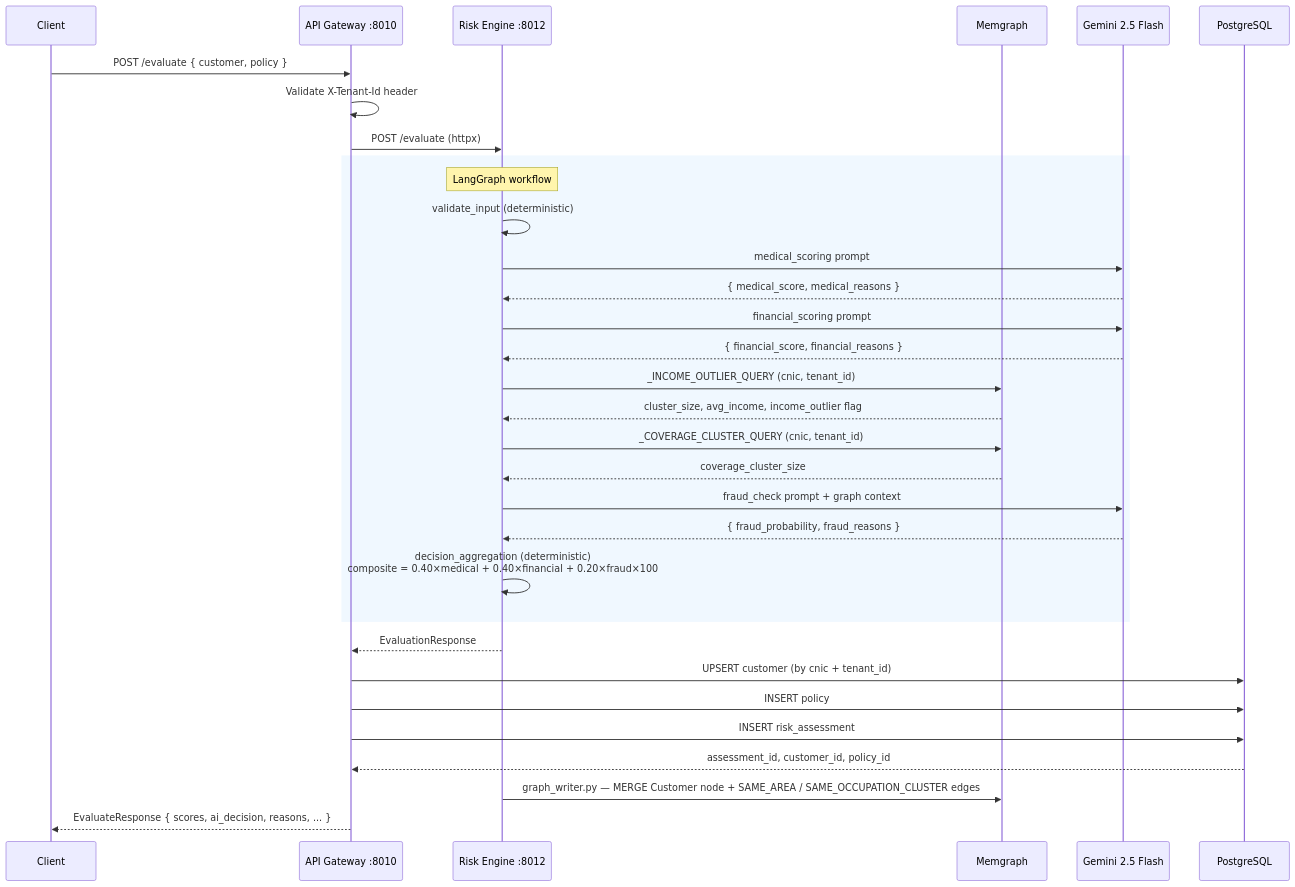
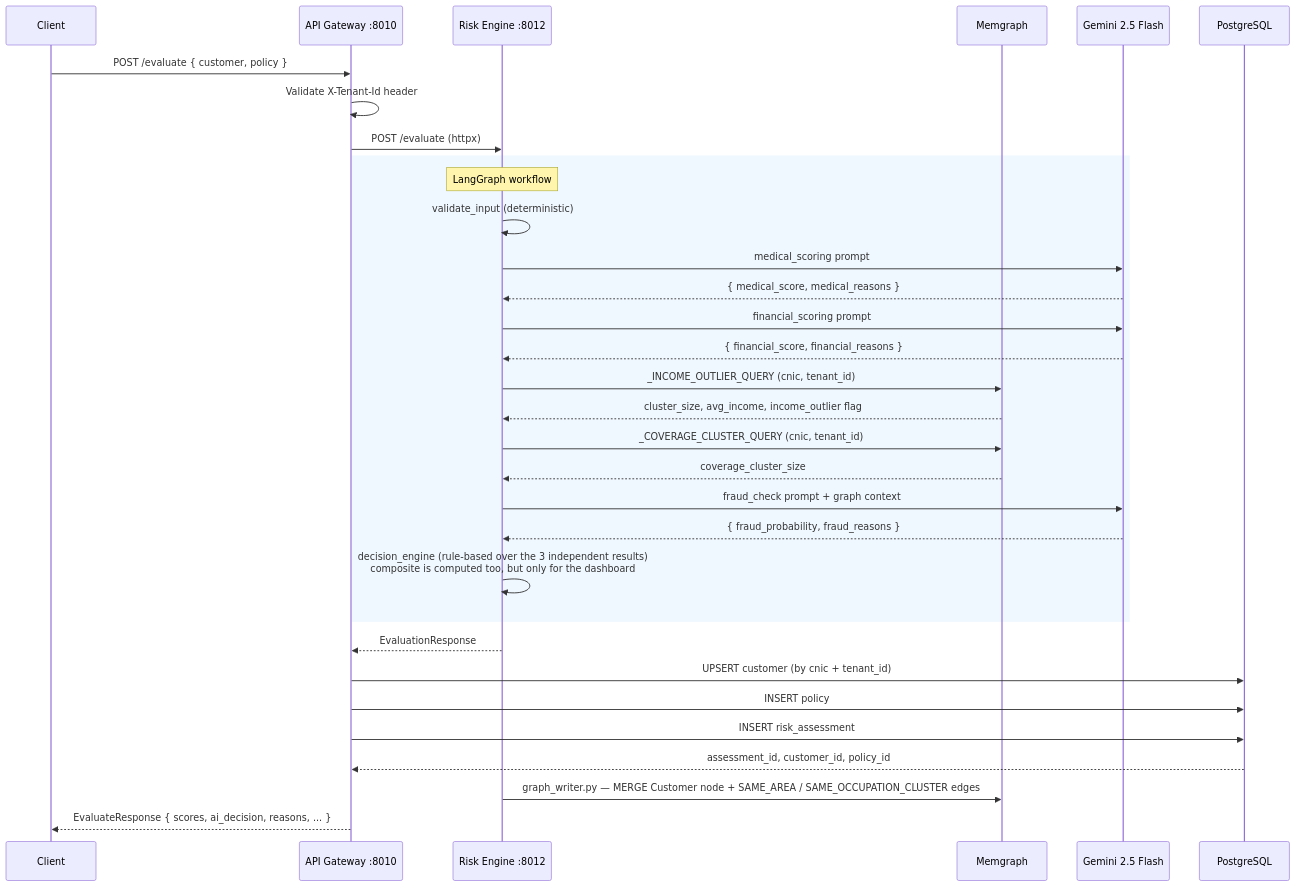
One commit to Nouman64-cat/insurance-ai changed the second of 4 diagrams in docs/docs/data-flow.md. Above: the diagram before and after it, drawn with Mermaid. The commit also changed other lines of this file and 45 other files, not shown here.

````diff
--- a/docs/docs/data-flow.md
+++ b/docs/docs/data-flow.md
@@ -13,40 +43,40 @@
 ```mermaid
 sequenceDiagram
     participant C as Client
     participant GW as API Gateway :8010
     participant RE as Risk Engine :8012
     participant MG as Memgraph
     participant LLM as Gemini 2.5 Flash
     participant PG as PostgreSQL
 
     C->>GW: POST /evaluate { customer, policy }
     GW->>GW: Validate X-Tenant-Id header
 
     GW->>RE: POST /evaluate (httpx)
 
     rect rgb(240, 248, 255)
         note over RE: LangGraph workflow
         RE->>RE: validate_input (deterministic)
         RE->>LLM: medical_scoring prompt
         LLM-->>RE: { medical_score, medical_reasons }
         RE->>LLM: financial_scoring prompt
         LLM-->>RE: { financial_score, financial_reasons }
         RE->>MG: _INCOME_OUTLIER_QUERY (cnic, tenant_id)
         MG-->>RE: cluster_size, avg_income, income_outlier flag
         RE->>MG: _COVERAGE_CLUSTER_QUERY (cnic, tenant_id)
         MG-->>RE: coverage_cluster_size
         RE->>LLM: fraud_check prompt + graph context
         LLM-->>RE: { fraud_probability, fraud_reasons }
-        RE->>RE: decision_aggregation (deterministic)<br/>composite = 0.40×medical + 0.40×financial + 0.20×fraud×100
+        RE->>RE: decision_engine (rule-based over the 3 independent results)<br/>composite is computed too, but only for the dashboard
     end
 
     RE-->>GW: EvaluationResponse
 
     GW->>PG: UPSERT customer (by cnic + tenant_id)
     GW->>PG: INSERT policy
     GW->>PG: INSERT risk_assessment
     PG-->>GW: assessment_id, customer_id, policy_id
     RE->>MG: graph_writer.py — MERGE Customer node + SAME_AREA / SAME_OCCUPATION_CLUSTER edges
 
     GW-->>C: EvaluateResponse { scores, ai_decision, reasons, ... }
 ```
````
